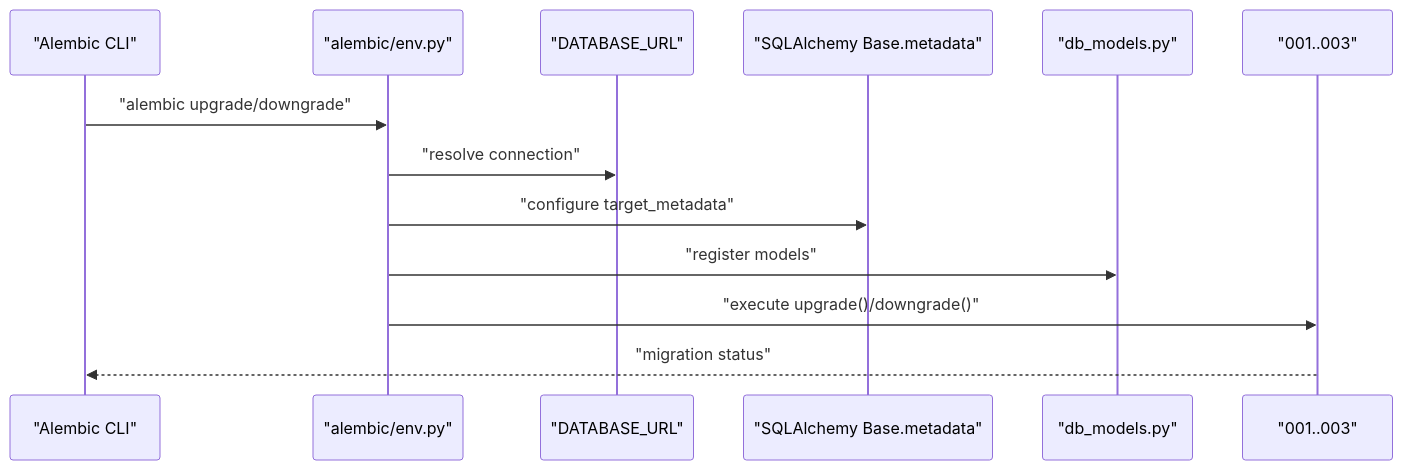
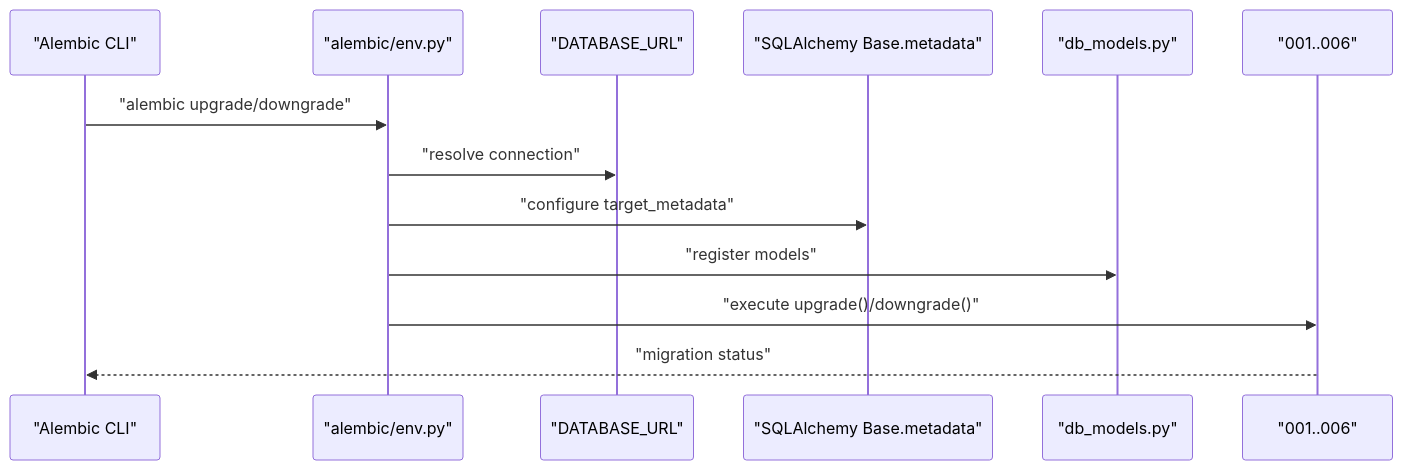
One commit to Revanththetalogics/aireume changed the second of 9 diagrams in .qoder/repowiki/en/content/Database Design/Migration Management.md. Above: the diagram before and after it, drawn with Mermaid. The commit also changed other lines of this file and 33 other files, not shown here.

````diff
--- a/.qoder/repowiki/en/content/Database Design/Migration Management.md
+++ b/.qoder/repowiki/en/content/Database Design/Migration Management.md
@@ -97,15 +124,15 @@
 ```mermaid
 sequenceDiagram
 participant CLI as "Alembic CLI"
 participant Env as "alembic/env.py"
 participant DB as "DATABASE_URL"
 participant Meta as "SQLAlchemy Base.metadata"
 participant Models as "db_models.py"
-participant Versions as "001..003"
+participant Versions as "001..006"
 CLI->>Env : "alembic upgrade/downgrade"
 Env->>DB : "resolve connection"
 Env->>Meta : "configure target_metadata"
 Env->>Models : "register models"
 Env->>Versions : "execute upgrade()/downgrade()"
 Versions-->>CLI : "migration status"
 ```
````
